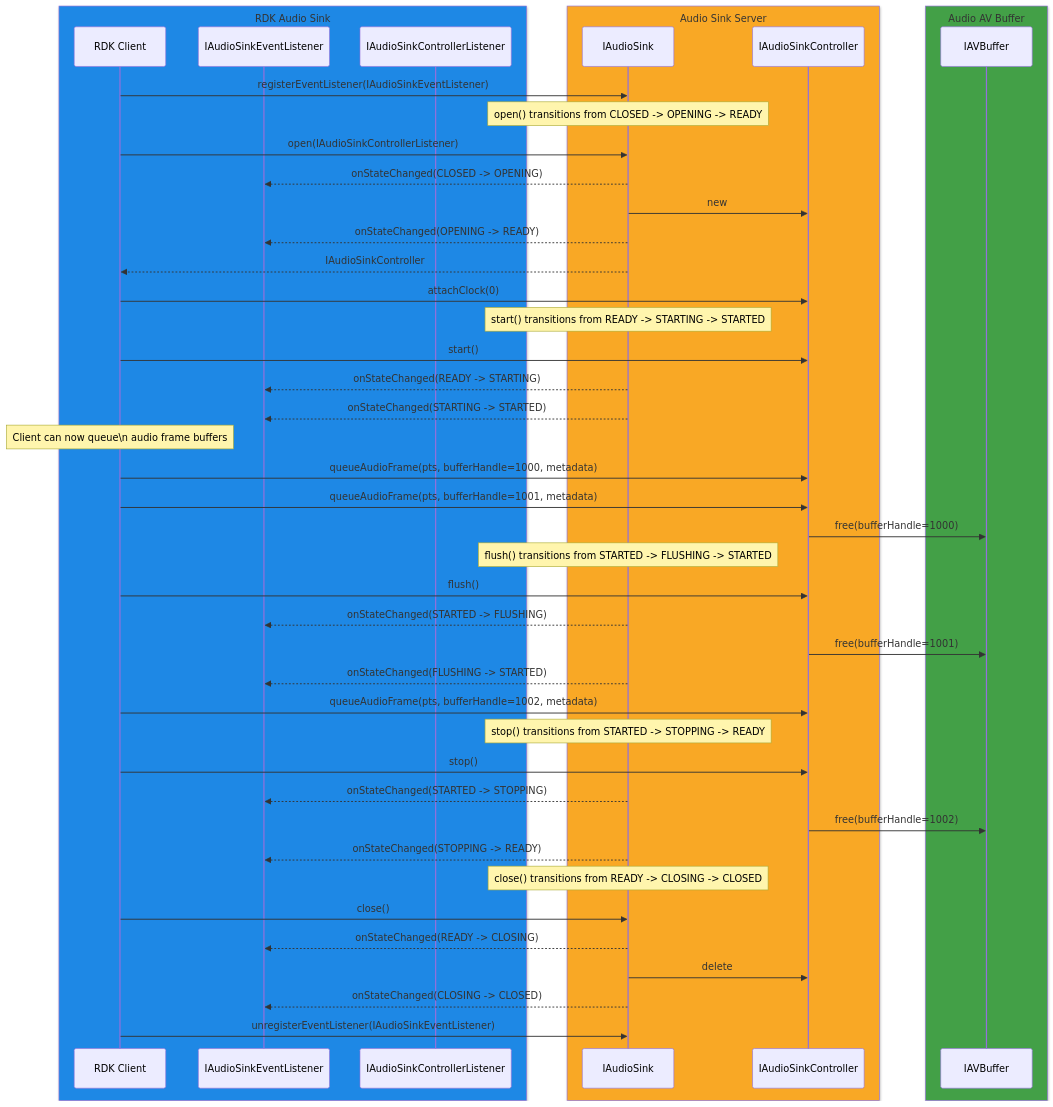
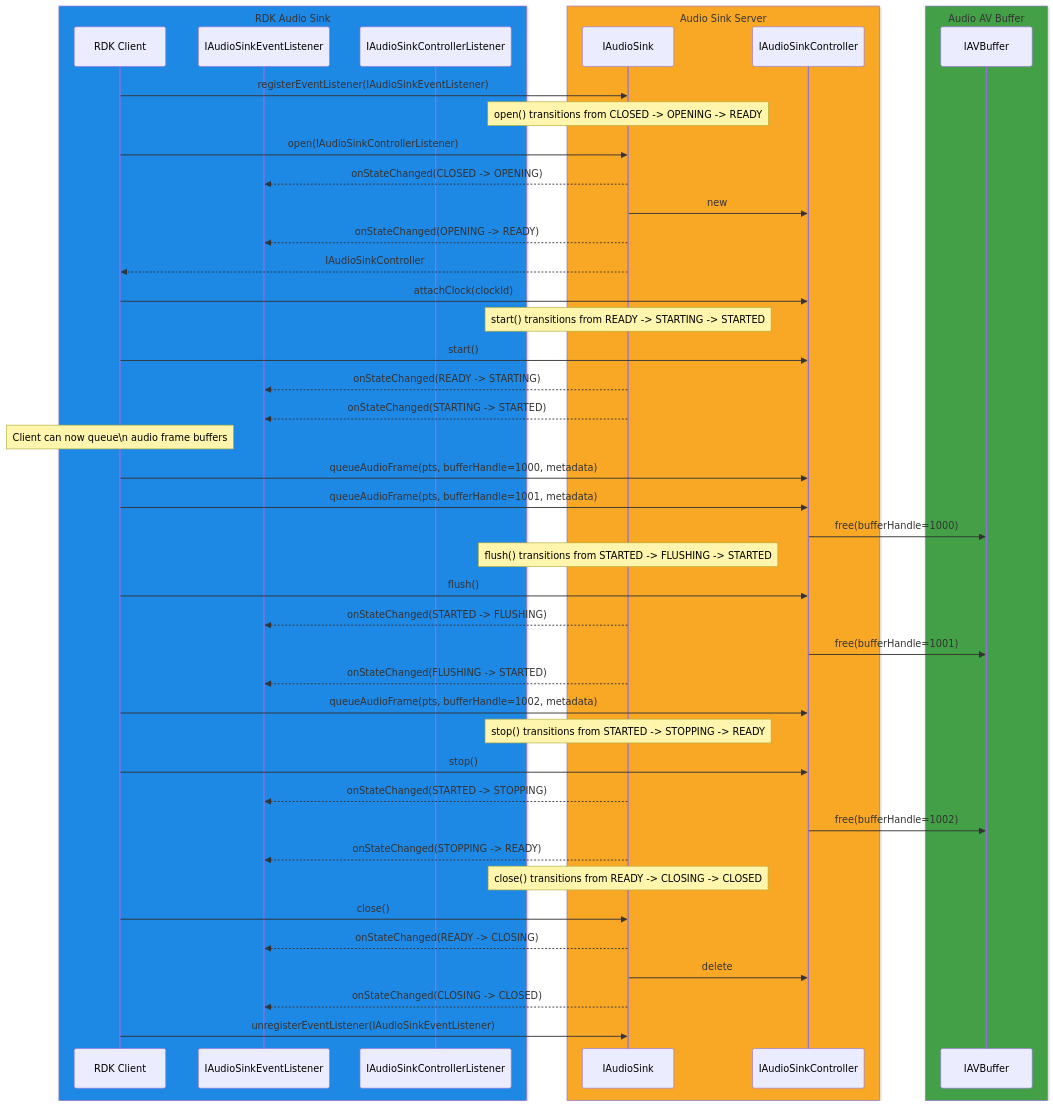
One commit to rdkcentral/rdk-halif-aidl changed the third of 3 diagrams in docs/halif/audio_sink/current/audio_sink.md. Above: the diagram before and after it, drawn with Mermaid. The commit also changed 1 other file, not shown here.

Commit message:
fix(docs): correct API names and use symbolic clockId in sink diagrams (#355)
- av_clock.md flowchart: getIAVClockIds()/getIAVClock() ->
  getAVClockIds()/getAVClock() to match IAVClockManager.aidl.
- audio_sink.md sequence diagram: attachClock(0) -> attachClock(clockId);
  the bare 0 isn't defined in this doc and AVClock IDs are not
  guaranteed to start at 0.

Both flagged by Copilot review.

````diff
--- a/docs/halif/audio_sink/current/audio_sink.md
+++ b/docs/halif/audio_sink/current/audio_sink.md
@@ -246,63 +246,63 @@
 ```mermaid
 sequenceDiagram
     box rgb(30,136,229) RDK Audio Sink
         participant Client as RDK Client
         participant IAudioSinkEventListener
         participant IAudioSinkControllerListener
     end
     box rgb(249,168,37) Audio Sink Server
         participant ADC as IAudioSink
         participant Controller as IAudioSinkController
     end
     box rgb(67,160,71) Audio AV Buffer
         participant IAVBuffer as IAVBuffer
     end
 
     Client->>ADC: registerEventListener(IAudioSinkEventListener)
 
     Note over ADC: open() transitions from CLOSED -> OPENING -> READY
 
     Client->>ADC: open(IAudioSinkControllerListener)
     ADC-->>IAudioSinkEventListener: onStateChanged(CLOSED -> OPENING)
     ADC->>Controller: new
     ADC-->>IAudioSinkEventListener: onStateChanged(OPENING -> READY)
     ADC-->>Client: IAudioSinkController
-    Client->>Controller: attachClock(0)
+    Client->>Controller: attachClock(clockId)
 
     Note over ADC: start() transitions from READY -> STARTING -> STARTED
 
     Client->>Controller: start()
     ADC-->>IAudioSinkEventListener: onStateChanged(READY -> STARTING)
     ADC-->>IAudioSinkEventListener: onStateChanged(STARTING -> STARTED)
 
     Note over Client: Client can now queue\n audio frame buffers
 
     Client->>Controller: queueAudioFrame(pts, bufferHandle=1000, metadata)
     Client->>Controller: queueAudioFrame(pts, bufferHandle=1001, metadata)
     Controller->>IAVBuffer: free(bufferHandle=1000)
 
     Note over ADC: flush() transitions from STARTED -> FLUSHING -> STARTED
 
     Client->>Controller: flush()
     ADC-->>IAudioSinkEventListener: onStateChanged(STARTED -> FLUSHING)
     Controller->>IAVBuffer: free(bufferHandle=1001)
     ADC-->>IAudioSinkEventListener: onStateChanged(FLUSHING -> STARTED)
 
     Client->>Controller: queueAudioFrame(pts, bufferHandle=1002, metadata)
 
     Note over ADC: stop() transitions from STARTED -> STOPPING -> READY
 
     Client->>Controller: stop()
     ADC-->>IAudioSinkEventListener: onStateChanged(STARTED -> STOPPING)
     Controller->>IAVBuffer: free(bufferHandle=1002)
     ADC-->>IAudioSinkEventListener: onStateChanged(STOPPING -> READY)
 
     Note over ADC: close() transitions from READY -> CLOSING -> CLOSED
 
     Client->>ADC: close()
     ADC-->>IAudioSinkEventListener: onStateChanged(READY -> CLOSING)
     ADC->>Controller: delete
     ADC-->>IAudioSinkEventListener: onStateChanged(CLOSING -> CLOSED)
 
     Client->>ADC: unregisterEventListener(IAudioSinkEventListener)
 ```
````
